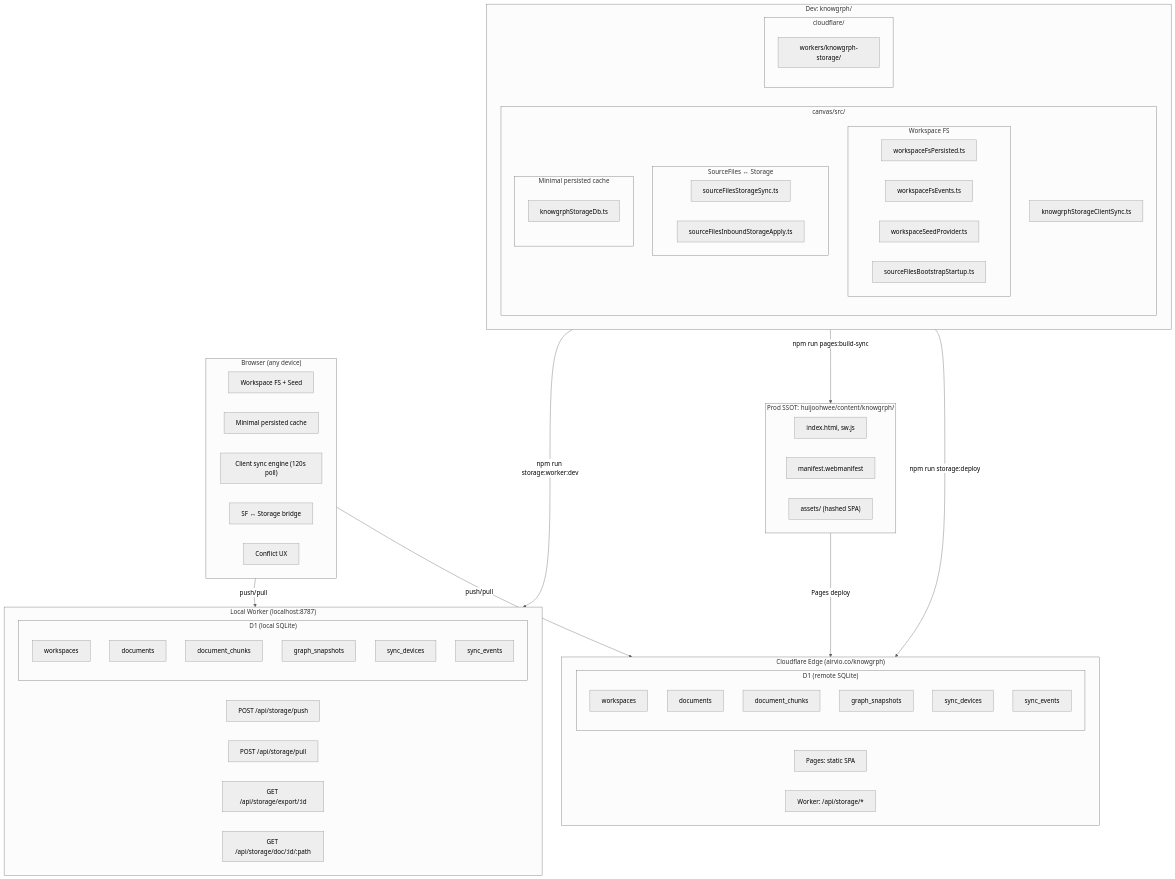
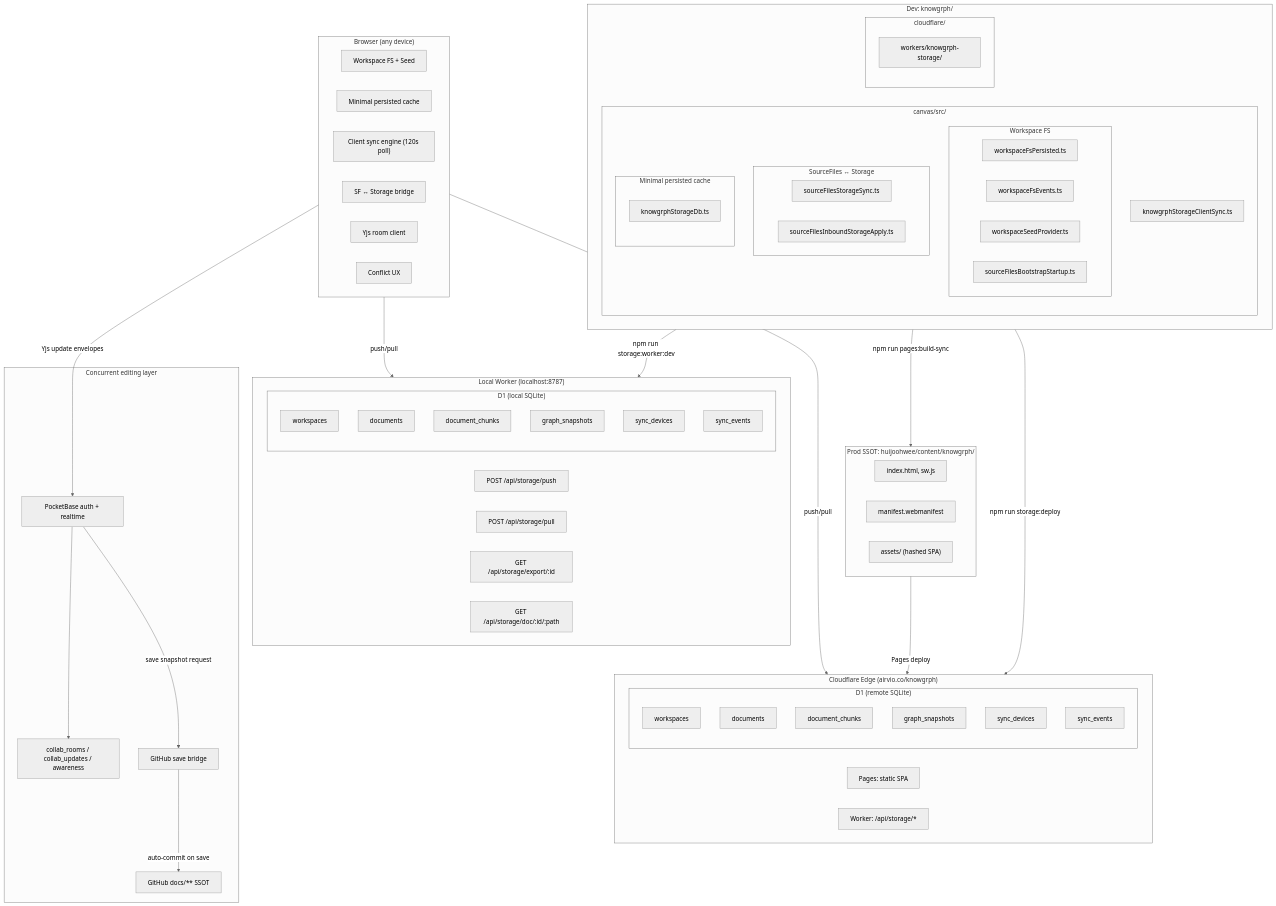
One commit to huijoohwee/knowgrph changed the second of 2 diagrams in docs/documents/knowgrph-storage-sync-document.md. Above: the diagram before and after it, drawn with Mermaid (neutral theme). The commit also changed other lines of this file and 68 other files, not shown here.

First line of the commit message:
feat(flow-editor, workspace): improve overlays, accessibility, and sync controls

````diff
--- a/docs/documents/knowgrph-storage-sync-document.md
+++ b/docs/documents/knowgrph-storage-sync-document.md
@@ -277,9 +355,21 @@
         bcache["Minimal persisted cache"]
         bsync["Client sync engine (120s poll)"]
         bbridge["SF ↔ Storage bridge"]
+        byjs["Yjs room client"]
         bconflict["Conflict UX"]
+    end
+
+    subgraph Collab["Concurrent editing layer"]
+        pb["PocketBase auth + realtime"]
+        pbRooms["collab_rooms / collab_updates / awareness"]
+        gitBridge["GitHub save bridge"]
+        githubDocs["GitHub docs/** SSOT"]
     end
 
     Browser -->|"push/pull"| LocalWorker
     Browser -->|"push/pull"| Edge
+    Browser -->|"Yjs update envelopes"| pb
+    pb --> pbRooms
+    pb -->|"save snapshot request"| gitBridge
+    gitBridge -->|"auto-commit on save"| githubDocs
 ```
````
